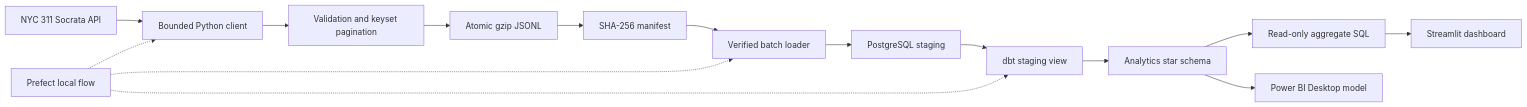
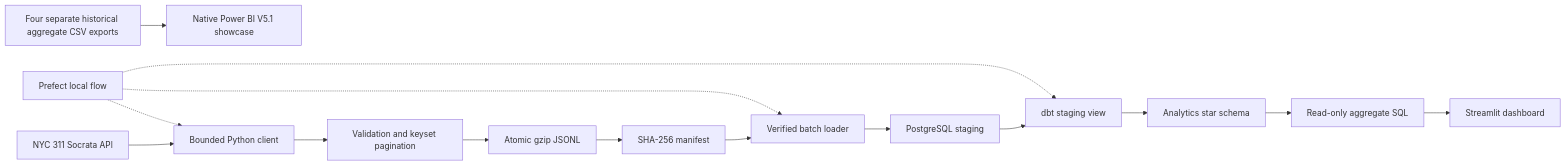
One commit to Neloy4321/DataForge-360 changed the first of 2 diagrams in docs/ARCHITECTURE.md. Above: the diagram before and after it, drawn with Mermaid. The commit also changed other lines of this file and 7 other files, not shown here.

Commit message:
Align Prefect page-size validation; correct architecture and PBIR acceptance boundaries

````diff
--- a/docs/ARCHITECTURE.md
+++ b/docs/ARCHITECTURE.md
@@ -5,17 +5,17 @@
 ```mermaid
 flowchart LR
     A[NYC 311 Socrata API] --> B[Bounded Python client]
     B --> C[Validation and keyset pagination]
     C --> D[Atomic gzip JSONL]
     D --> E[SHA-256 manifest]
     E --> F[Verified batch loader]
     F --> G[PostgreSQL staging]
     G --> H[dbt staging view]
     H --> I[Analytics star schema]
     J[Prefect local flow] -.-> B
     J -.-> F
     J -.-> H
     I --> K[Read-only aggregate SQL]
     K --> L[Streamlit dashboard]
-    I --> M[Power BI Desktop model]
+    N[Four separate historical aggregate CSV exports] --> M[Native Power BI V5.1 showcase]
 ```
````
